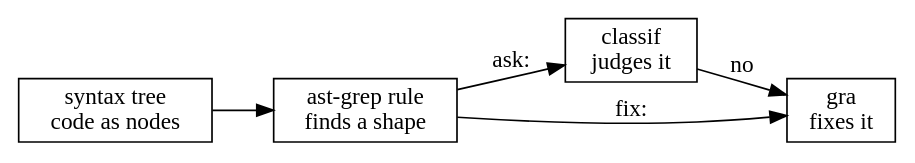
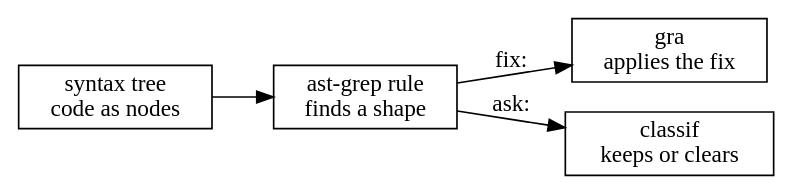
The diagram in nvim-luasnip-ai-alternative/diagrams/building-blocks.dot (Piotr1215/youtube), drawn with Graphviz before and after one commit. The commit also changed 4 other files, not shown here.

```diff
--- a/nvim-luasnip-ai-alternative/diagrams/building-blocks.dot
+++ b/nvim-luasnip-ai-alternative/diagrams/building-blocks.dot
@@ -1,14 +1,13 @@
 digraph building_blocks {
   rankdir=LR;
   node [shape=box];
 
   tree [label="syntax tree\ncode as nodes"];
   rule [label="ast-grep rule\nfinds a shape"];
-  model [label="classif\njudges it"];
-  fix [label="gra\nfixes it"];
+  fix [label="gra\napplies the fix"];
+  model [label="classif\nkeeps or clears"];
 
   tree -> rule;
   rule -> fix [label="fix:"];
   rule -> model [label="ask:"];
-  model -> fix [label="no"];
 }
```
